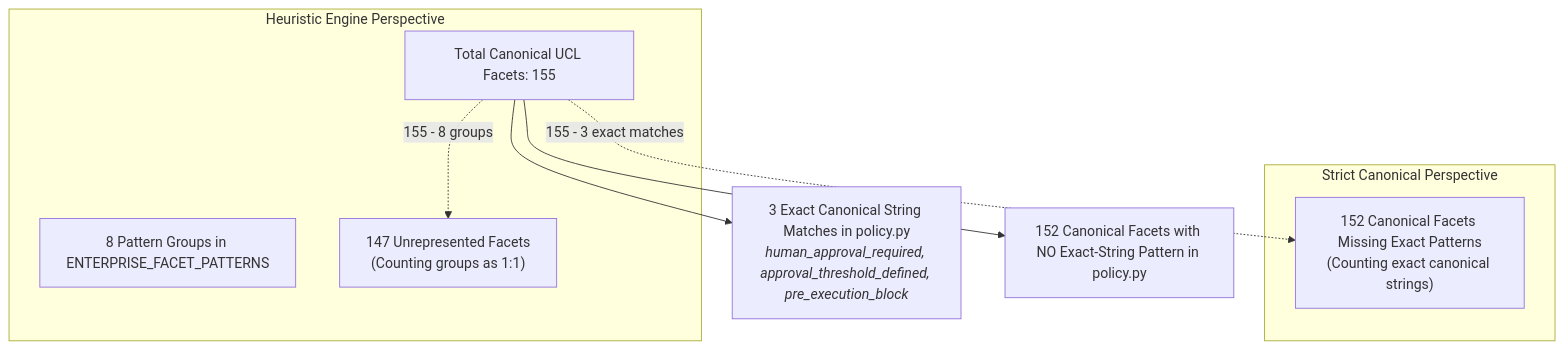
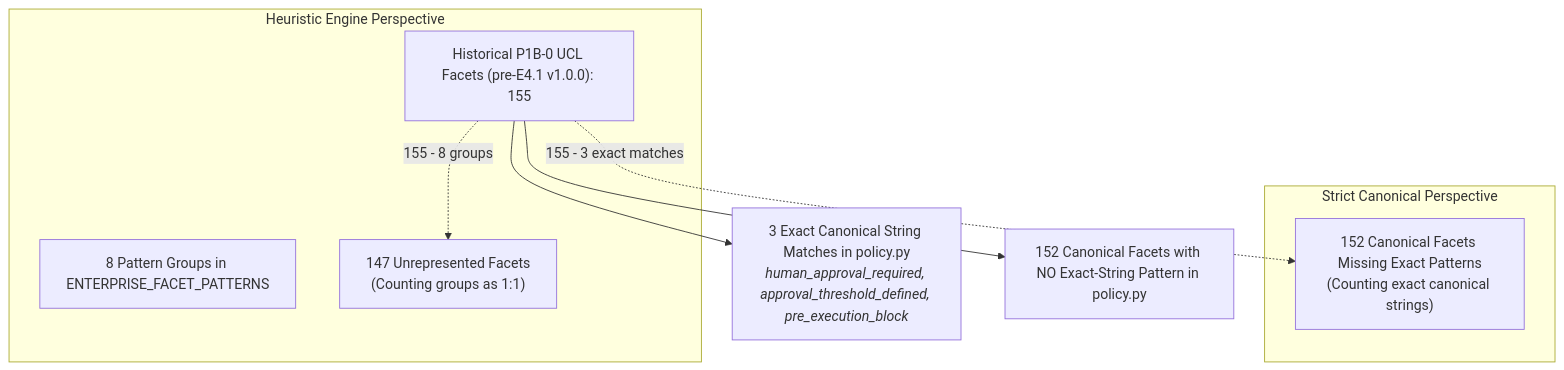
The first of 2 diagrams in P1B0_CANONICAL_TAXONOMY_ALIGNMENT.md (VivianFuVivianFu/DeepAuditCrossWalk), drawn with Mermaid before and after one commit. The commit also changed other lines of this file and 44 other files, not shown here.

````diff
--- a/P1B0_CANONICAL_TAXONOMY_ALIGNMENT.md
+++ b/P1B0_CANONICAL_TAXONOMY_ALIGNMENT.md
@@ -31,15 +31,15 @@
 ```mermaid
 flowchart TD
-    Total["Total Canonical UCL Facets: 155"]
+    Total["Historical P1B-0 UCL Facets (pre-E4.1 v1.0.0): 155"]
     Total --> Exact["3 Exact Canonical String Matches in policy.py<br><i>human_approval_required, approval_threshold_defined, pre_execution_block</i>"]
     Total --> NonExact["152 Canonical Facets with NO Exact-String Pattern in policy.py"]
     
     subgraph Engine_Perspective ["Heuristic Engine Perspective"]
         Groups["8 Pattern Groups in ENTERPRISE_FACET_PATTERNS"]
         Total -.->|155 - 8 groups| Diff147["147 Unrepresented Facets<br>(Counting groups as 1:1)"]
     end
 
     subgraph Strict_Canonical_Perspective ["Strict Canonical Perspective"]
         Total -.->|155 - 3 exact matches| Diff152["152 Canonical Facets Missing Exact Patterns<br>(Counting exact canonical strings)"]
     end
 ```
````
